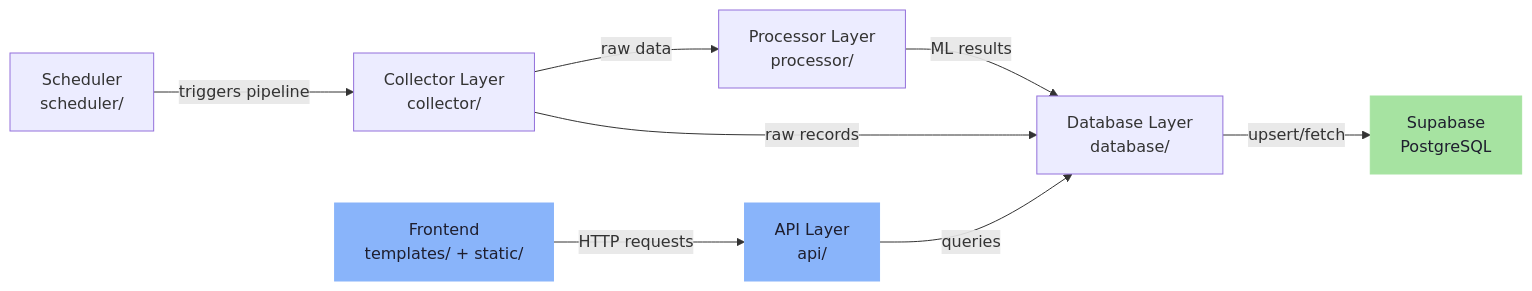
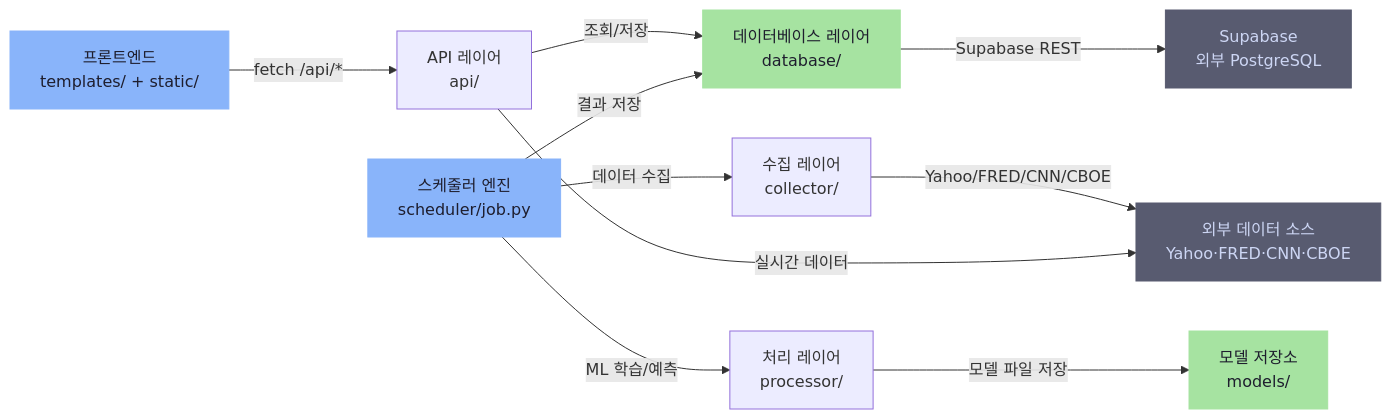
Before and after one commit to wonderfulawsome/Asset-Analysis-Platform: the diagram in .omm/overall-architecture/diagram.mmd, drawn with Mermaid. The commit also changed 153 other files, not shown here.

```diff
--- a/.omm/overall-architecture/diagram.mmd
+++ b/.omm/overall-architecture/diagram.mmd
@@ -1,24 +1,20 @@
 graph LR
-    api-layer["API Layer\napi/"]
-    collector-layer["Collector Layer\ncollector/"]
-    processor-layer["Processor Layer\nprocessor/"]
-    database-layer["Database Layer\ndatabase/"]
-    scheduler-engine["Scheduler\nscheduler/"]
-    supabase-db["Supabase\nPostgreSQL"]
-    frontend["Frontend\ntemplates/ + static/"]
-
-    scheduler-engine -->|"triggers pipeline"| collector-layer
-    collector-layer -->|"raw data"| processor-layer
-    processor-layer -->|"ML results"| database-layer
-    collector-layer -->|"raw records"| database-layer
-    database-layer -->|"upsert/fetch"| supabase-db
-    api-layer -->|"queries"| database-layer
-    frontend -->|"HTTP requests"| api-layer
+    frontend["프론트엔드\ntemplates/ + static/"]
+    frontend -->|"fetch /api/*"| api-layer["API 레이어\napi/"]
+    api-layer -->|"조회/저장"| database-layer["데이터베이스 레이어\ndatabase/"]
+    database-layer -->|"Supabase REST"| supabase-db["Supabase\n외부 PostgreSQL"]
+    scheduler-engine["스케줄러 엔진\nscheduler/job.py"]
+    scheduler-engine -->|"데이터 수집"| collector-layer["수집 레이어\ncollector/"]
+    scheduler-engine -->|"ML 학습/예측"| processor-layer["처리 레이어\nprocessor/"]
+    scheduler-engine -->|"결과 저장"| database-layer
+    collector-layer -->|"Yahoo/FRED/CNN/CBOE"| external-apis["외부 데이터 소스\nYahoo·FRED·CNN·CBOE"]
+    processor-layer -->|"모델 파일 저장"| model-store["모델 저장소\nmodels/"]
+    api-layer -->|"실시간 데이터"| external-apis
 
     classDef external fill:#585b70,stroke:#585b70,color:#cdd6f4
     classDef entry fill:#89b4fa,stroke:#89b4fa,color:#1e1e2e
     classDef store fill:#a6e3a1,stroke:#a6e3a1,color:#1e1e2e
 
-    class supabase-db store
-    class api-layer entry
-    class frontend entry
+    class supabase-db,external-apis external
+    class frontend,scheduler-engine entry
+    class model-store,database-layer store
```
